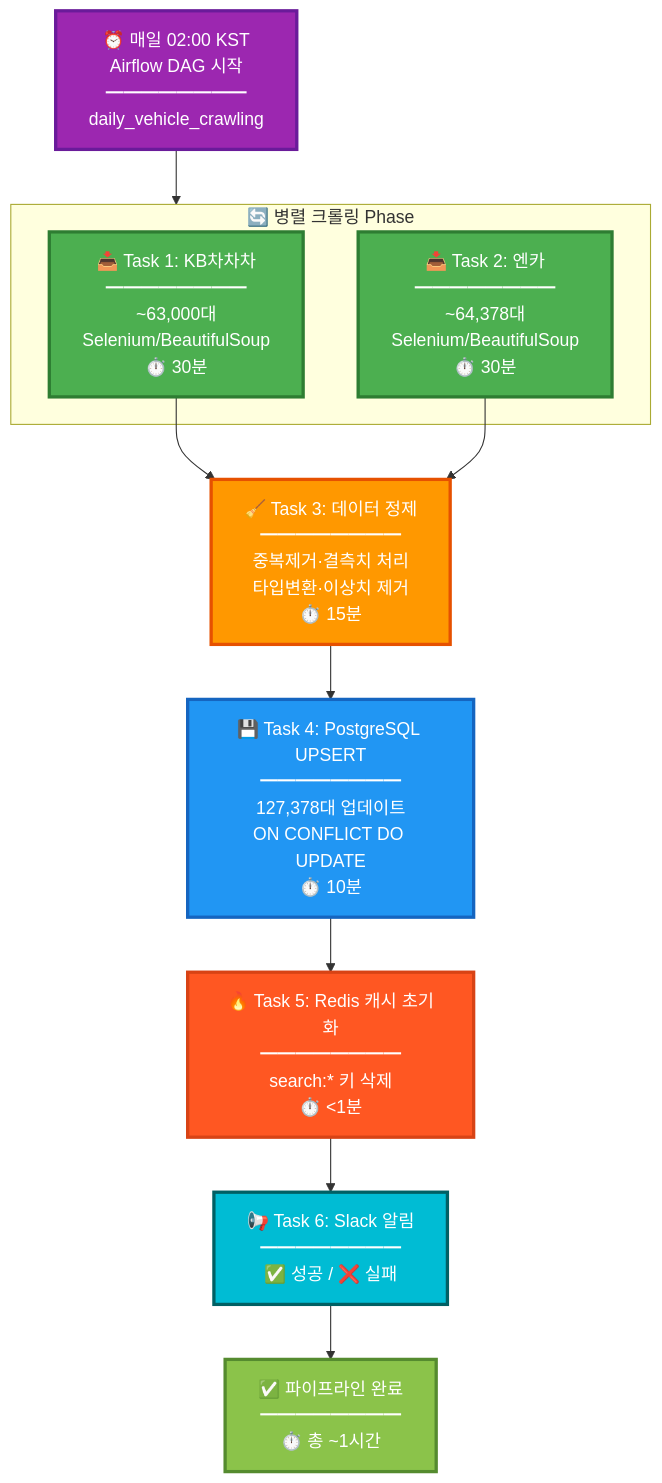
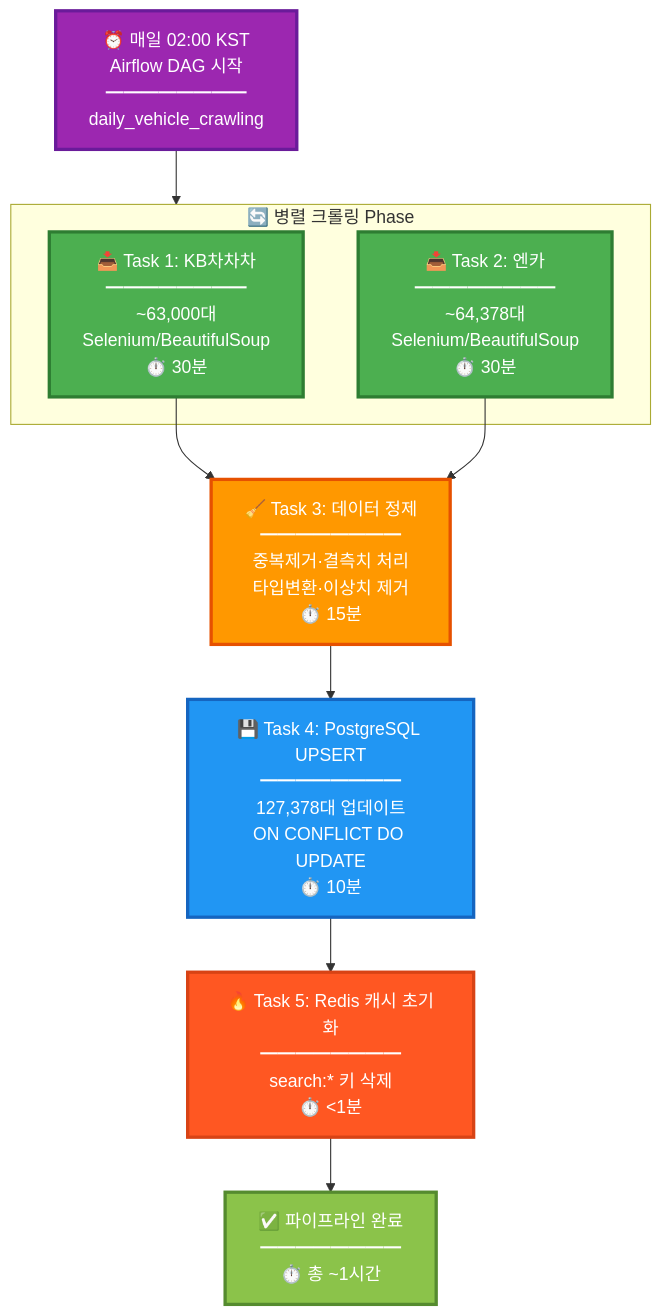
The fifth of 5 diagrams in README.md (SeSAC-DA1/CarFin_AI_Final), drawn with Mermaid before and after one commit. The commit also changed other lines of this file, not shown here.

````diff
--- a/README.md
+++ b/README.md
@@ -621,32 +655,29 @@
 ```mermaid
 flowchart TD
     Start["⏰ 매일 02:00 KST<br/>Airflow DAG 시작<br/>━━━━━━━━<br/>daily_vehicle_crawling"]
 
     subgraph Parallel["🔄 병렬 크롤링 Phase"]
         KB["📥 Task 1: KB차차차<br/>━━━━━━━━<br/>~63,000대<br/>Selenium/BeautifulSoup<br/>⏱️ 30분"]
         Encar["📥 Task 2: 엔카<br/>━━━━━━━━<br/>~64,378대<br/>Selenium/BeautifulSoup<br/>⏱️ 30분"]
     end
 
     Clean["🧹 Task 3: 데이터 정제<br/>━━━━━━━━<br/>중복제거·결측치 처리<br/>타입변환·이상치 제거<br/>⏱️ 15분"]
     Load["💾 Task 4: PostgreSQL UPSERT<br/>━━━━━━━━<br/>127,378대 업데이트<br/>ON CONFLICT DO UPDATE<br/>⏱️ 10분"]
     Cache["🔥 Task 5: Redis 캐시 초기화<br/>━━━━━━━━<br/>search:* 키 삭제<br/>⏱️ <1분"]
-    Notify["📢 Task 6: Slack 알림<br/>━━━━━━━━<br/>✅ 성공 / ❌ 실패"]
     End["✅ 파이프라인 완료<br/>━━━━━━━━<br/>⏱️ 총 ~1시간"]
 
     Start --> Parallel
     KB --> Clean
     Encar --> Clean
     Clean --> Load
     Load --> Cache
-    Cache --> Notify
-    Notify --> End
+    Cache --> End
 
     style Start fill:#9C27B0,stroke:#6A1B9A,stroke-width:3px,color:#fff
     style KB fill:#4CAF50,stroke:#2E7D32,stroke-width:3px,color:#fff
     style Encar fill:#4CAF50,stroke:#2E7D32,stroke-width:3px,color:#fff
     style Clean fill:#FF9800,stroke:#E65100,stroke-width:3px,color:#fff
     style Load fill:#2196F3,stroke:#1565C0,stroke-width:3px,color:#fff
     style Cache fill:#FF5722,stroke:#D84315,stroke-width:3px,color:#fff
-    style Notify fill:#00BCD4,stroke:#006064,stroke-width:3px,color:#fff
     style End fill:#8BC34A,stroke:#558B2F,stroke-width:3px,color:#fff
 ```
````
